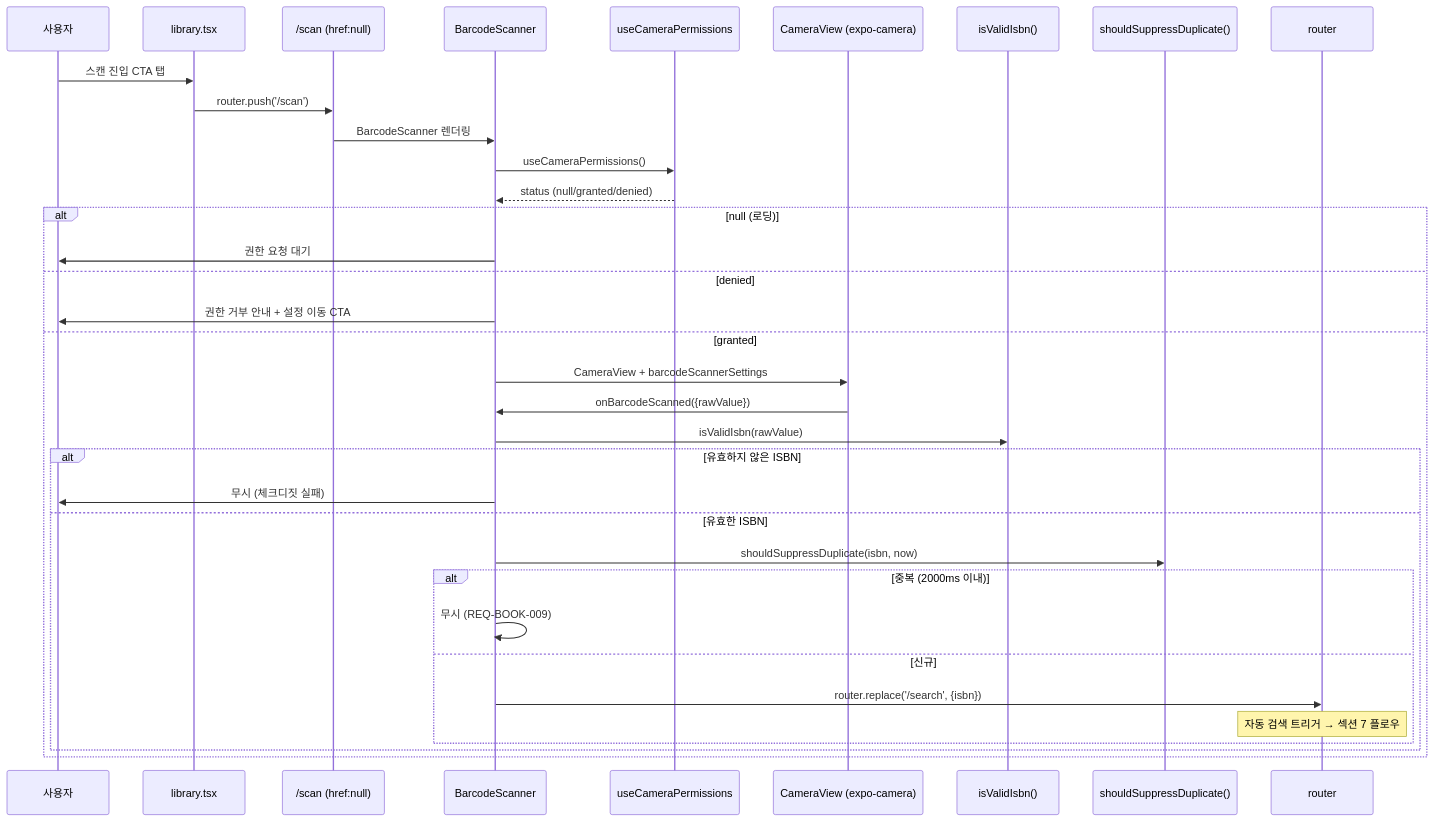
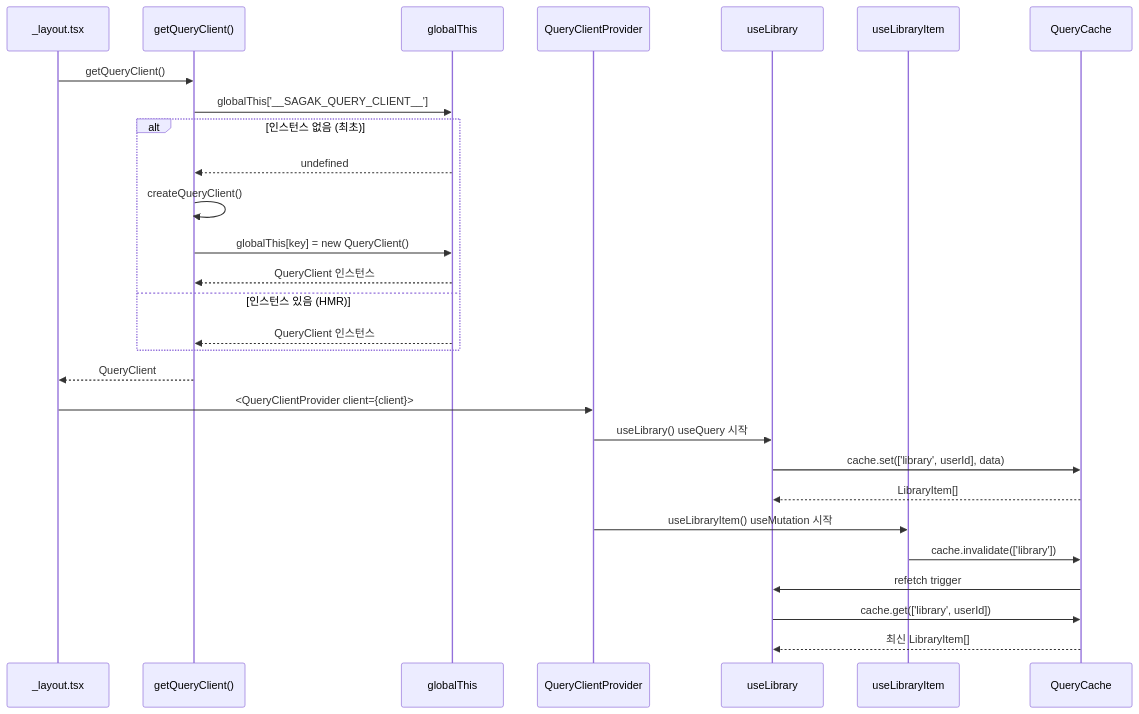
Before and after one commit to ip9202/sagak: the seventh of 8 diagrams in .moai/project/codemaps/data-flow.md, drawn with Mermaid. The commit also changed other lines of this file and 4 other files, not shown here.

````diff
--- a/.moai/project/codemaps/data-flow.md
+++ b/.moai/project/codemaps/data-flow.md
@@ -694,41 +455,33 @@
 ```mermaid
 sequenceDiagram
-    participant User as 사용자
-    participant Lib as library.tsx
-    participant Route as /scan (href:null)
-    participant Scanner as BarcodeScanner
-    participant Perm as useCameraPermissions
-    participant Cam as CameraView (expo-camera)
-    participant ISBN as isValidIsbn()
-    participant Debounce as shouldSuppressDuplicate()
-    participant Nav as router
+    participant Layout as _layout.tsx
+    participant QC as getQueryClient()
+    participant Global as globalThis
+    participant Provider as QueryClientProvider
+    participant Hook1 as useLibrary
+    participant Hook2 as useLibraryItem
+    participant Cache as QueryCache
 
-    User->>Lib: 스캔 진입 CTA 탭
-    Lib->>Route: router.push('/scan')
-    Route->>Scanner: BarcodeScanner 렌더링
-    Scanner->>Perm: useCameraPermissions()
-    Perm-->>Scanner: status (null/granted/denied)
-    
-    alt null (로딩)
-        Scanner->>User: 권한 요청 대기
-    else denied
-        Scanner->>User: 권한 거부 안내 + 설정 이동 CTA
-    else granted
-        Scanner->>Cam: CameraView + barcodeScannerSettings
-        Cam->>Scanner: onBarcodeScanned({rawValue})
-        Scanner->>ISBN: isValidIsbn(rawValue)
-        
-        alt 유효하지 않은 ISBN
-            Scanner->>User: 무시 (체크디짓 실패)
-        else 유효한 ISBN
-            Scanner->>Debounce: shouldSuppressDuplicate(isbn, now)
-            
-            alt 중복 (2000ms 이내)
-                Scanner->>Scanner: 무시 (REQ-BOOK-009)
-            else 신규
-                Scanner->>Nav: router.replace('/search', {isbn})
-                Note over Nav: 자동 검색 트리거 → 섹션 7 플로우
-            end
-        end
+    Layout->>QC: getQueryClient()
+    QC->>Global: globalThis['__SAGAK_QUERY_CLIENT__']
+    alt 인스턴스 없음 (최초)
+        Global-->>QC: undefined
+        QC->>QC: createQueryClient()
+        QC->>Global: globalThis[key] = new QueryClient()
+        Global-->>QC: QueryClient 인스턴스
+    else 인스턴스 있음 (HMR)
+        Global-->>QC: QueryClient 인스턴스
     end
+    QC-->>Layout: QueryClient
+
+    Layout->>Provider: <QueryClientProvider client={client}>
+    Provider->>Hook1: useLibrary() useQuery 시작
+    Hook1->>Cache: cache.set(['library', userId], data)
+    Cache-->>Hook1: LibraryItem[]
+
+    Provider->>Hook2: useLibraryItem() useMutation 시작
+    Hook2->>Cache: cache.invalidate(['library'])
+    Cache->>Hook1: refetch trigger
+    Hook1->>Cache: cache.get(['library', userId])
+    Cache-->>Hook1: 최신 LibraryItem[]
 ```
````
